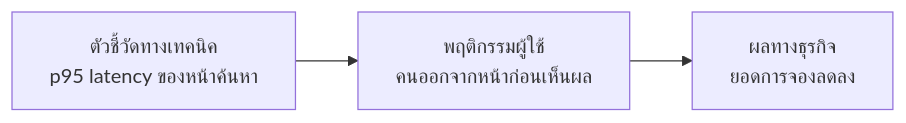
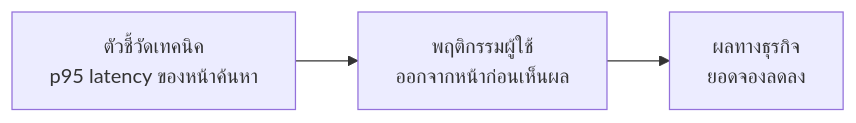
Before and after one commit to CE-SDPX/SDPX-AI: the sixth of 8 diagrams in readings/06-senior-software-engineer.md, drawn with Mermaid. The commit also changed other lines of this file and 6 other files, not shown here.

````diff
--- a/readings/06-senior-software-engineer.md
+++ b/readings/06-senior-software-engineer.md
@@ -280,4 +263,4 @@
 ```mermaid
 flowchart LR
-    T["ตัวชี้วัดทางเทคนิค<br/>p95 latency ของหน้าค้นหา"] --> U["พฤติกรรมผู้ใช้<br/>คนออกจากหน้าก่อนเห็นผล"] --> B["ผลทางธุรกิจ<br/>ยอดการจองลดลง"]
+    T["ตัวชี้วัดเทคนิค<br/>p95 latency ของหน้าค้นหา"] --> U["พฤติกรรมผู้ใช้<br/>ออกจากหน้าก่อนเห็นผล"] --> B["ผลทางธุรกิจ<br/>ยอดจองลดลง"]
 ```
````
